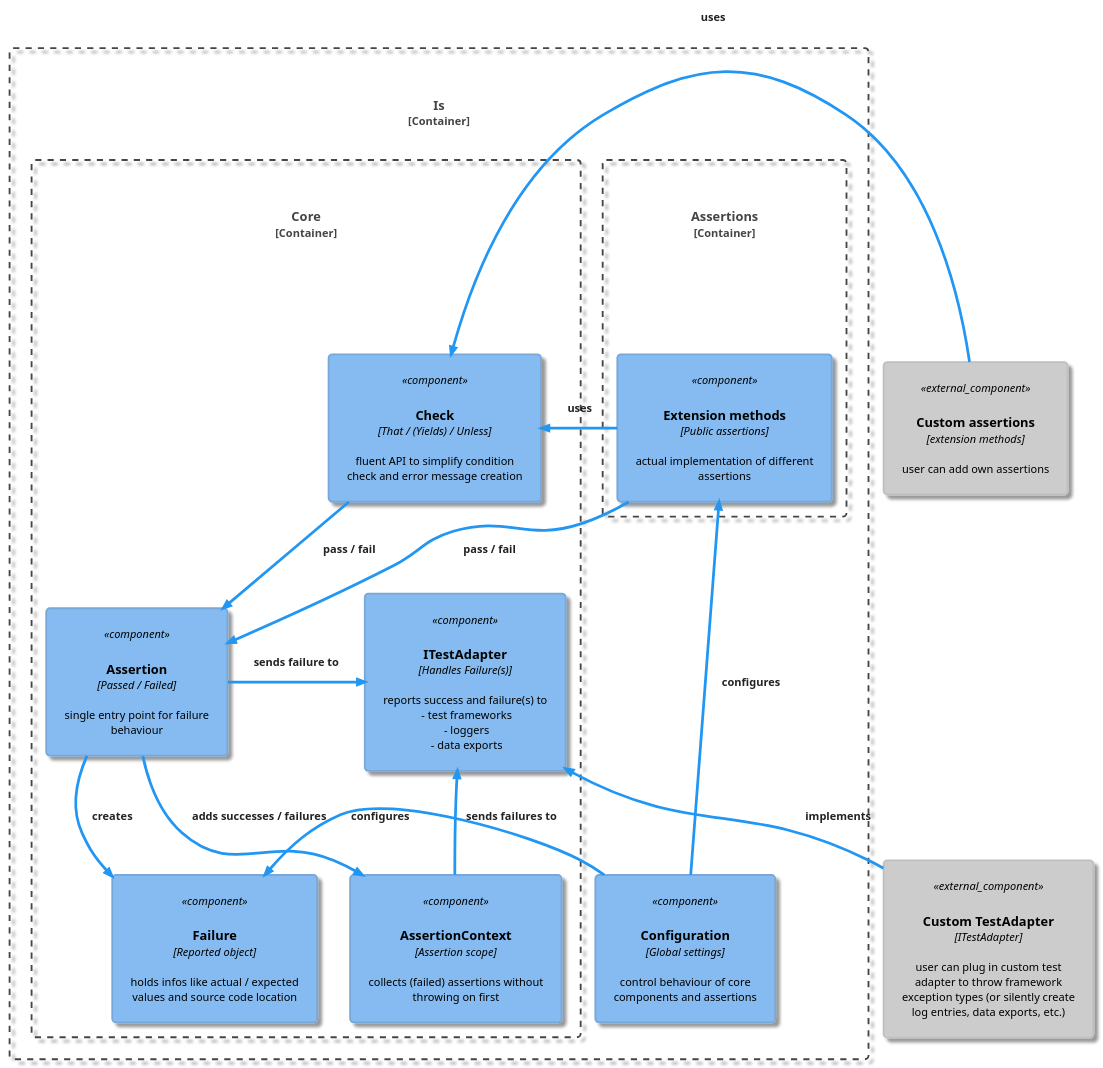
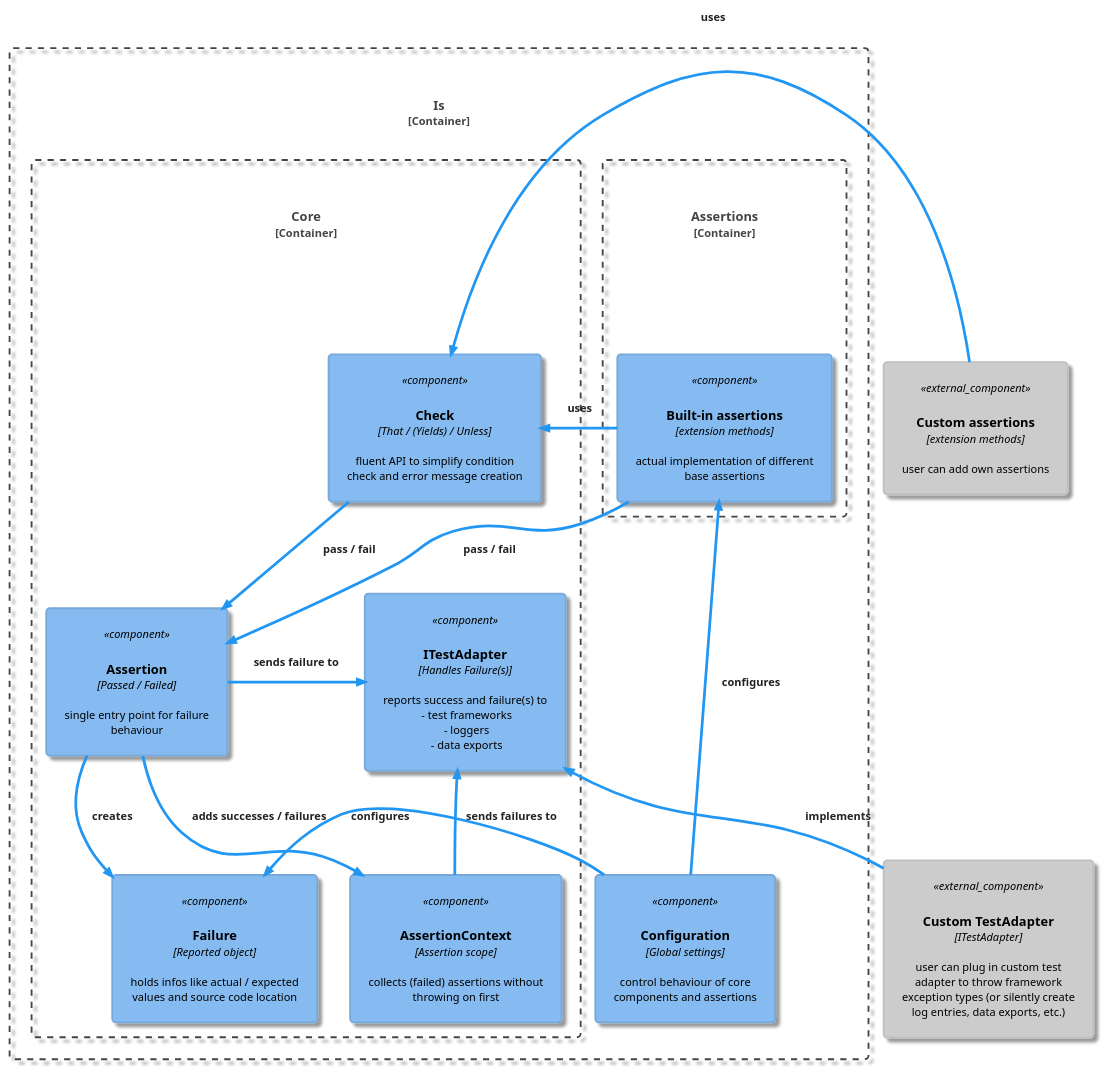
One commit to chrismo80/Is changed the diagram in Docs/Architecture.plantuml. Above: the diagram before and after it, drawn with PlantUML. The commit also changed 1 other file, not shown here.

Commit message:
Update Diagram

```diff
--- a/Docs/Architecture.plantuml
+++ b/Docs/Architecture.plantuml
@@ -1,46 +1,46 @@
 @startuml "Architecture"
 
 !include <C4/C4_Component>
 
 !theme materia
 
 Component_Ext(ca, "Custom assertions", "extension methods", "user can add own assertions")
 Component_Ext(cta, "Custom TestAdapter", "ITestAdapter", "user can plug in custom test adapter to throw framework exception types (or silently create log entries, data exports, etc.)")
 
 Container_Boundary(Is, "Is") {
 
     Container_Boundary(Assertions, "Assertions") {
-        Component(ext, "Extension methods", "Public assertions", "actual implementation of different assertions")
+        Component(ext, "Built-in assertions", "extension methods", "actual implementation of different base assertions")
         }
 
     Container_Boundary(Core, "Core") {
         Component(check, "Check", "That / (Yields) / Unless", "fluent API to simplify condition check and error message creation")
         Component(ass, "Assertion", "Passed / Failed", "single entry point for failure behaviour")
         Component(fail, "Failure", "Reported object", "holds infos like actual / expected values and source code location")
         Component(ctx, "AssertionContext", "Assertion scope", "collects (failed) assertions without throwing on first")
         Component(ita, "ITestAdapter", "Handles Failure(s)", "reports success and failure(s) to \n - test frameworks \n - loggers \n - data exports")
         }
 
     Component(conf, "Configuration", "Global settings", "control behaviour of core components and assertions")
 }
 
 
 Rel_L(ass, ita, "sends failure to")
 Rel(ass, fail, "creates")
 
 Rel_R(ext, check, "uses")
 Rel(ext, ass, "pass / fail")
 
 Rel(ctx, ita, "sends failures to")
 
 Rel(check, ass, "pass / fail")
 Rel(ass, ctx, "adds successes / failures")
 
 Rel_U(conf, ext, "configures")
 Rel_R(conf, fail, "configures")
 
 Rel_L(ca, check, "uses")
 Rel_U(cta, ita, "implements")
 
 
 @enduml
```
